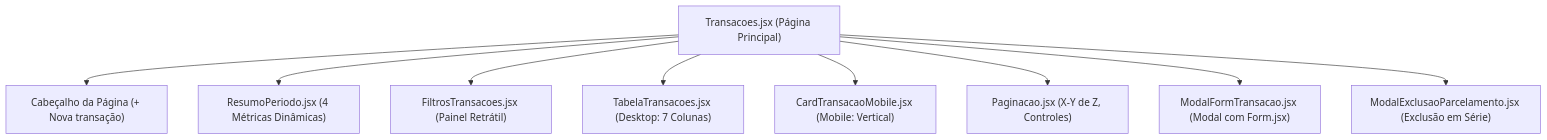
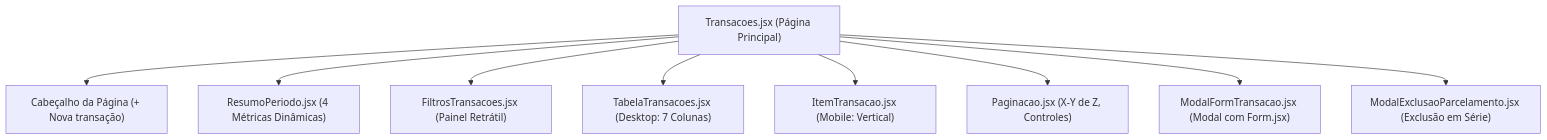
The diagram in docs/transacoes-v2.md (eb-nascimento/vesttor-vite), drawn with Mermaid before and after one commit. The commit also changed other lines of this file and 18 other files, not shown here.

````diff
--- a/docs/transacoes-v2.md
+++ b/docs/transacoes-v2.md
@@ -74,21 +76,21 @@
 ```mermaid
 graph TD
     TransacoesPage["Transacoes.jsx (Página Principal)"]
     HeaderSec["Cabeçalho da Página (+ Nova transação)"]
     ResumoCard["ResumoPeriodo.jsx (4 Métricas Dinâmicas)"]
     FiltrosPanel["FiltrosTransacoes.jsx (Painel Retrátil)"]
     TableView["TabelaTransacoes.jsx (Desktop: 7 Colunas)"]
-    CardsView["CardTransacaoMobile.jsx (Mobile: Vertical)"]
+    CardsView["ItemTransacao.jsx (Mobile: Vertical)"]
     PaginacaoComp["Paginacao.jsx (X-Y de Z, Controles)"]
     ModalForm["ModalFormTransacao.jsx (Modal com Form.jsx)"]
     ModalExclusao["ModalExclusaoParcelamento.jsx (Exclusão em Série)"]
 
     TransacoesPage --> HeaderSec
     TransacoesPage --> ResumoCard
     TransacoesPage --> FiltrosPanel
     TransacoesPage --> TableView
     TransacoesPage --> CardsView
     TransacoesPage --> PaginacaoComp
     TransacoesPage --> ModalForm
     TransacoesPage --> ModalExclusao
 ```
````
